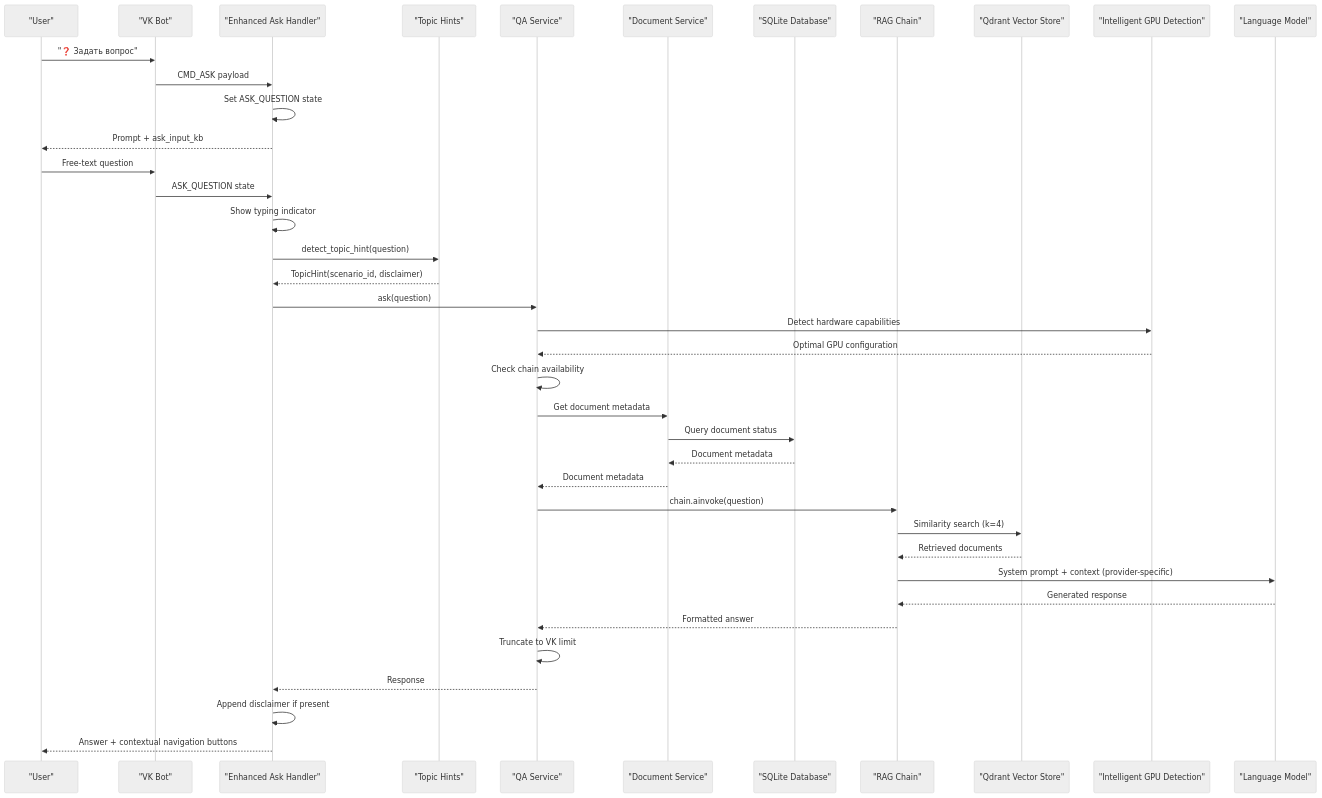
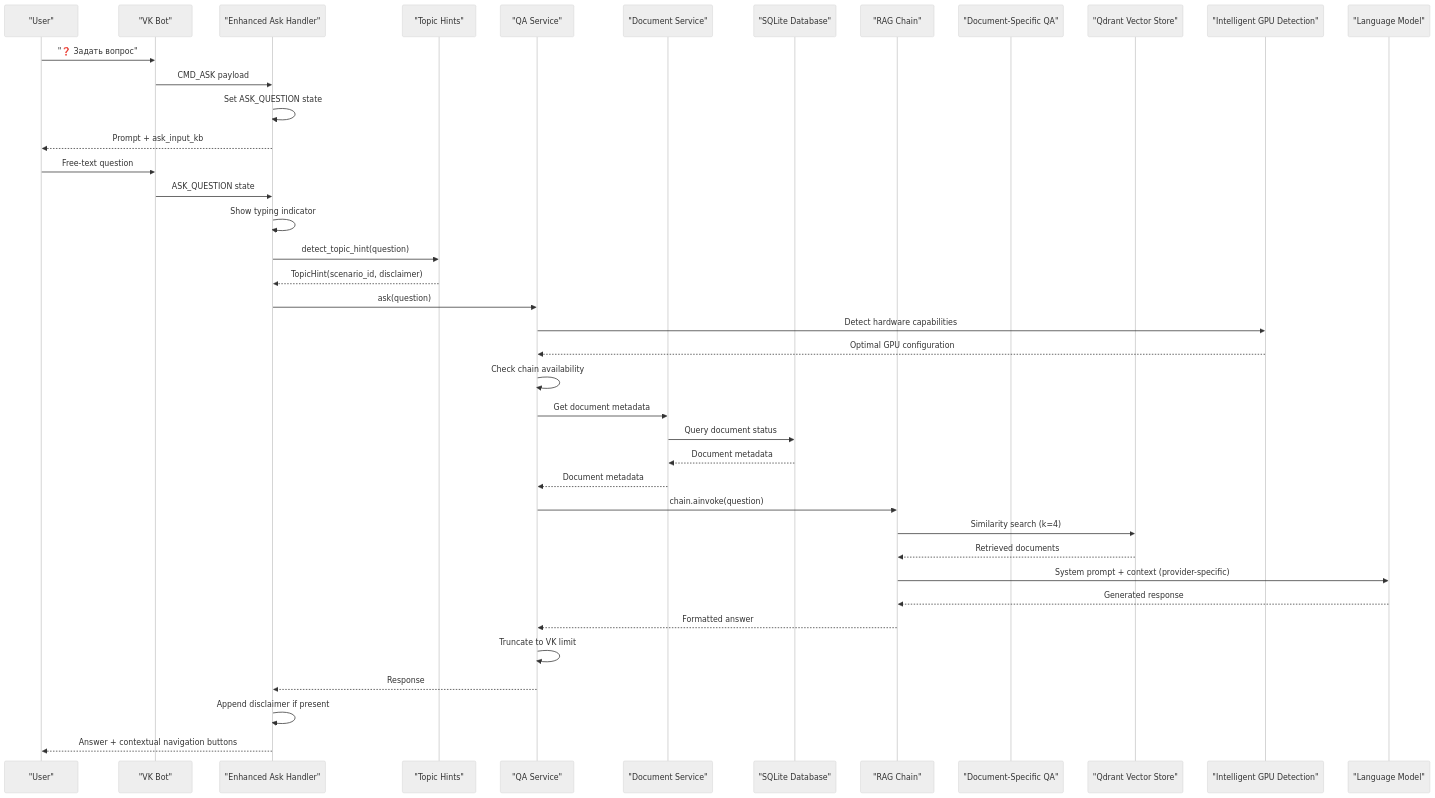
The second of 23 diagrams in .qoder/repowiki/en/content/RAG Integration/RAG Integration.md (ognelis/cafetera_hr_bot), drawn with Mermaid (neutral theme) before and after one commit. The commit also changed other lines of this file and 6 other files, not shown here.

````diff
--- a/.qoder/repowiki/en/content/RAG Integration/RAG Integration.md
+++ b/.qoder/repowiki/en/content/RAG Integration/RAG Integration.md
@@ -272,41 +298,42 @@
 ```mermaid
 sequenceDiagram
 participant User as "User"
 participant VKBot as "VK Bot"
 participant AskHandler as "Enhanced Ask Handler"
 participant TopicHints as "Topic Hints"
 participant QAService as "QA Service"
 participant DocumentService as "Document Service"
 participant SQLite as "SQLite Database"
 participant RAGChain as "RAG Chain"
+participant DocumentSpecificQA as "Document-Specific QA"
 participant Qdrant as "Qdrant Vector Store"
 participant GPUDetection as "Intelligent GPU Detection"
 participant LLM as "Language Model"
 User->>VKBot : "❓ Задать вопрос"
 VKBot->>AskHandler : CMD_ASK payload
 AskHandler->>AskHandler : Set ASK_QUESTION state
 AskHandler-->>User : Prompt + ask_input_kb
 User->>VKBot : Free-text question
 VKBot->>AskHandler : ASK_QUESTION state
 AskHandler->>AskHandler : Show typing indicator
 AskHandler->>TopicHints : detect_topic_hint(question)
 TopicHints-->>AskHandler : TopicHint(scenario_id, disclaimer)
 AskHandler->>QAService : ask(question)
 QAService->>GPUDetection : Detect hardware capabilities
 GPUDetection-->>QAService : Optimal GPU configuration
 QAService->>QAService : Check chain availability
 QAService->>DocumentService : Get document metadata
 DocumentService->>SQLite : Query document status
 SQLite-->>DocumentService : Document metadata
 DocumentService-->>QAService : Document metadata
 QAService->>RAGChain : chain.ainvoke(question)
 RAGChain->>Qdrant : Similarity search (k=4)
 Qdrant-->>RAGChain : Retrieved documents
 RAGChain->>LLM : System prompt + context (provider-specific)
 LLM-->>RAGChain : Generated response
 RAGChain-->>QAService : Formatted answer
 QAService->>QAService : Truncate to VK limit
 QAService-->>AskHandler : Response
 AskHandler->>AskHandler : Append disclaimer if present
 AskHandler-->>User : Answer + contextual navigation buttons
 ```
````
